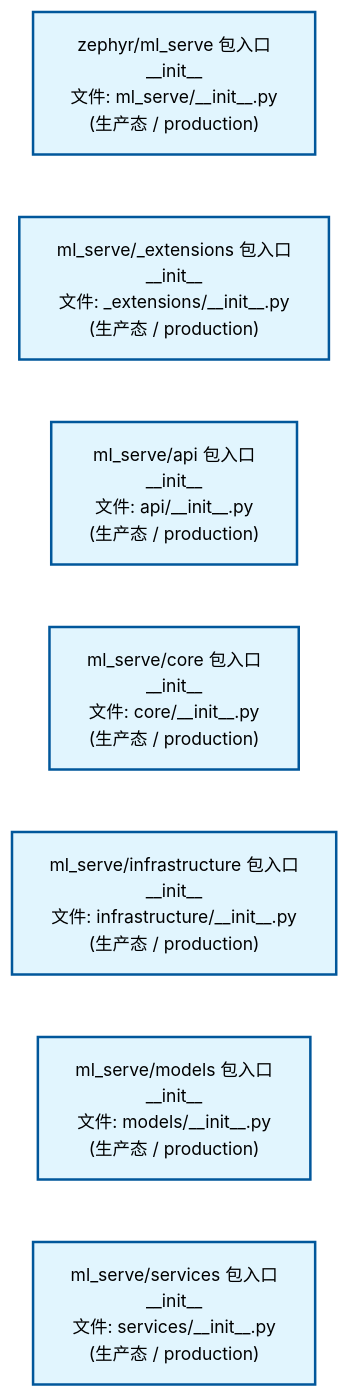
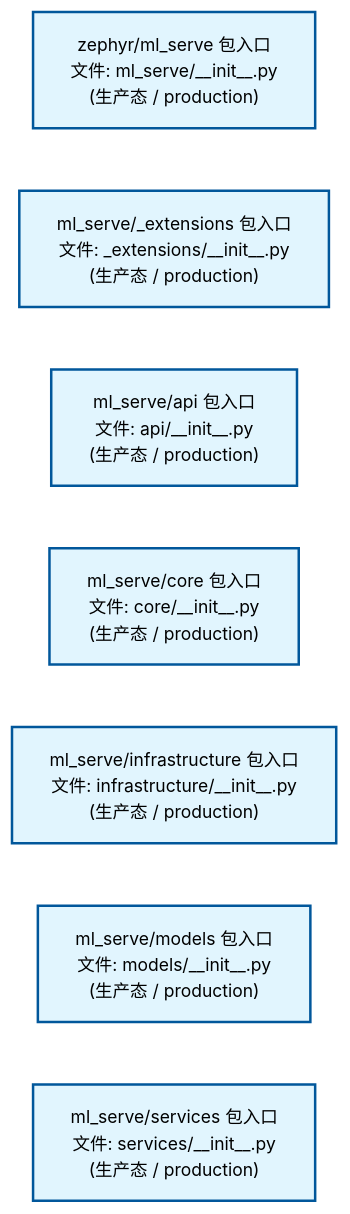
One commit to xuanFelixVan/ZephyrAlpha changed the second of 2 diagrams in docs/02_enterprise_architecture/02_domain_architecture_docs/60_d_ml_serve.md. Above: the diagram before and after it, drawn with Mermaid. The commit also changed other lines of this file and 58 other files, not shown here.

````diff
--- a/docs/02_enterprise_architecture/02_domain_architecture_docs/60_d_ml_serve.md
+++ b/docs/02_enterprise_architecture/02_domain_architecture_docs/60_d_ml_serve.md
@@ -80,22 +80,22 @@
 ```mermaid
 %%{init: {'theme': 'base', 'themeVariables': {'primaryColor': '#eaeaea', 'primaryTextColor': '#333333', 'primaryBorderColor': '#666666', 'lineColor': '#666666', 'secondaryColor': '#eaeaea', 'tertiaryColor': '#eaeaea', 'fontSize': '14px'}}}%%
 flowchart TD
-    src_zephyr_ml_serve_init_py["zephyr/ml_serve 包入口<br/>__init__<br/>文件: ml_serve/__init__.py<br/>(生产态 / production)"]
-    src_zephyr_ml_serve_extensions_init_py["ml_serve/_extensions 包入口<br/>__init__<br/>文件: _extensions/__init__.py<br/>(生产态 / production)"]
-    src_zephyr_ml_serve_api_init_py["ml_serve/api 包入口<br/>__init__<br/>文件: api/__init__.py<br/>(生产态 / production)"]
-    src_zephyr_ml_serve_core_init_py["ml_serve/core 包入口<br/>__init__<br/>文件: core/__init__.py<br/>(生产态 / production)"]
-    src_zephyr_ml_serve_infrastructure_init_py["ml_serve/infrastructure 包入口<br/>__init__<br/>文件: infrastructure/__init__.py<br/>(生产态 / production)"]
-    src_zephyr_ml_serve_models_init_py["ml_serve/models 包入口<br/>__init__<br/>文件: models/__init__.py<br/>(生产态 / production)"]
-    src_zephyr_ml_serve_services_init_py["ml_serve/services 包入口<br/>__init__<br/>文件: services/__init__.py<br/>(生产态 / production)"]
+    src_zephyr_ml_serve_init_py["zephyr/ml_serve 包入口<br/>文件: ml_serve/__init__.py<br/>(生产态 / production)"]
+    src_zephyr_ml_serve_extensions_init_py["ml_serve/_extensions 包入口<br/>文件: _extensions/__init__.py<br/>(生产态 / production)"]
+    src_zephyr_ml_serve_api_init_py["ml_serve/api 包入口<br/>文件: api/__init__.py<br/>(生产态 / production)"]
+    src_zephyr_ml_serve_core_init_py["ml_serve/core 包入口<br/>文件: core/__init__.py<br/>(生产态 / production)"]
+    src_zephyr_ml_serve_infrastructure_init_py["ml_serve/infrastructure 包入口<br/>文件: infrastructure/__init__.py<br/>(生产态 / production)"]
+    src_zephyr_ml_serve_models_init_py["ml_serve/models 包入口<br/>文件: models/__init__.py<br/>(生产态 / production)"]
+    src_zephyr_ml_serve_services_init_py["ml_serve/services 包入口<br/>文件: services/__init__.py<br/>(生产态 / production)"]
     src_zephyr_ml_serve_init_py ~~~ src_zephyr_ml_serve_extensions_init_py
     src_zephyr_ml_serve_extensions_init_py ~~~ src_zephyr_ml_serve_api_init_py
     src_zephyr_ml_serve_api_init_py ~~~ src_zephyr_ml_serve_core_init_py
     src_zephyr_ml_serve_core_init_py ~~~ src_zephyr_ml_serve_infrastructure_init_py
     src_zephyr_ml_serve_infrastructure_init_py ~~~ src_zephyr_ml_serve_models_init_py
     src_zephyr_ml_serve_models_init_py ~~~ src_zephyr_ml_serve_services_init_py
     classDef production fill:#e1f5fe,stroke:#01579b,stroke-width:2px,color:#000
     classDef design fill:#fff3e0,stroke:#e65100,stroke-width:2px,color:#000,stroke-dasharray: 5 5
     classDef external_prod fill:#e8f4fd,stroke:#0277bd,stroke-width:1px,color:#000
     classDef external_design fill:#fff8e7,stroke:#ef6c00,stroke-width:1px,color:#000,stroke-dasharray: 5 5
     class src_zephyr_ml_serve_init_py,src_zephyr_ml_serve_extensions_init_py,src_zephyr_ml_serve_api_init_py,src_zephyr_ml_serve_core_init_py,src_zephyr_ml_serve_infrastructure_init_py,src_zephyr_ml_serve_models_init_py,src_zephyr_ml_serve_services_init_py production
 ```
````
